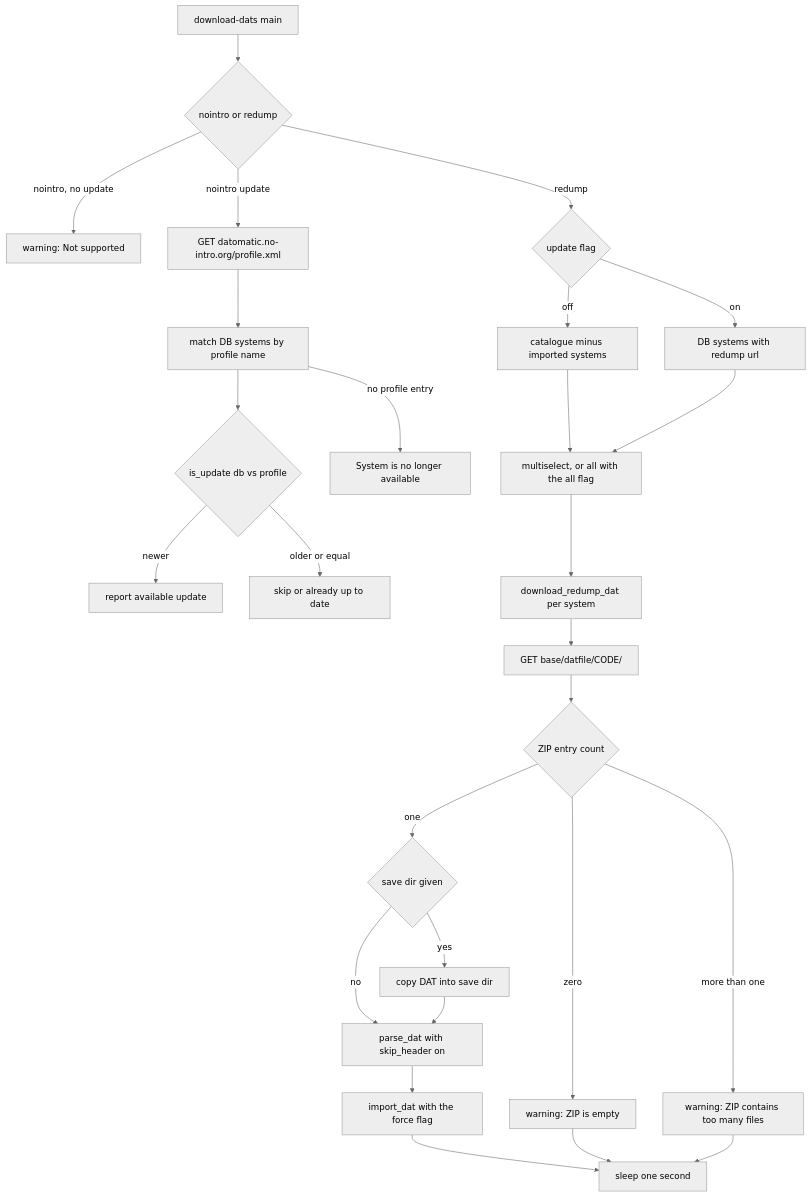
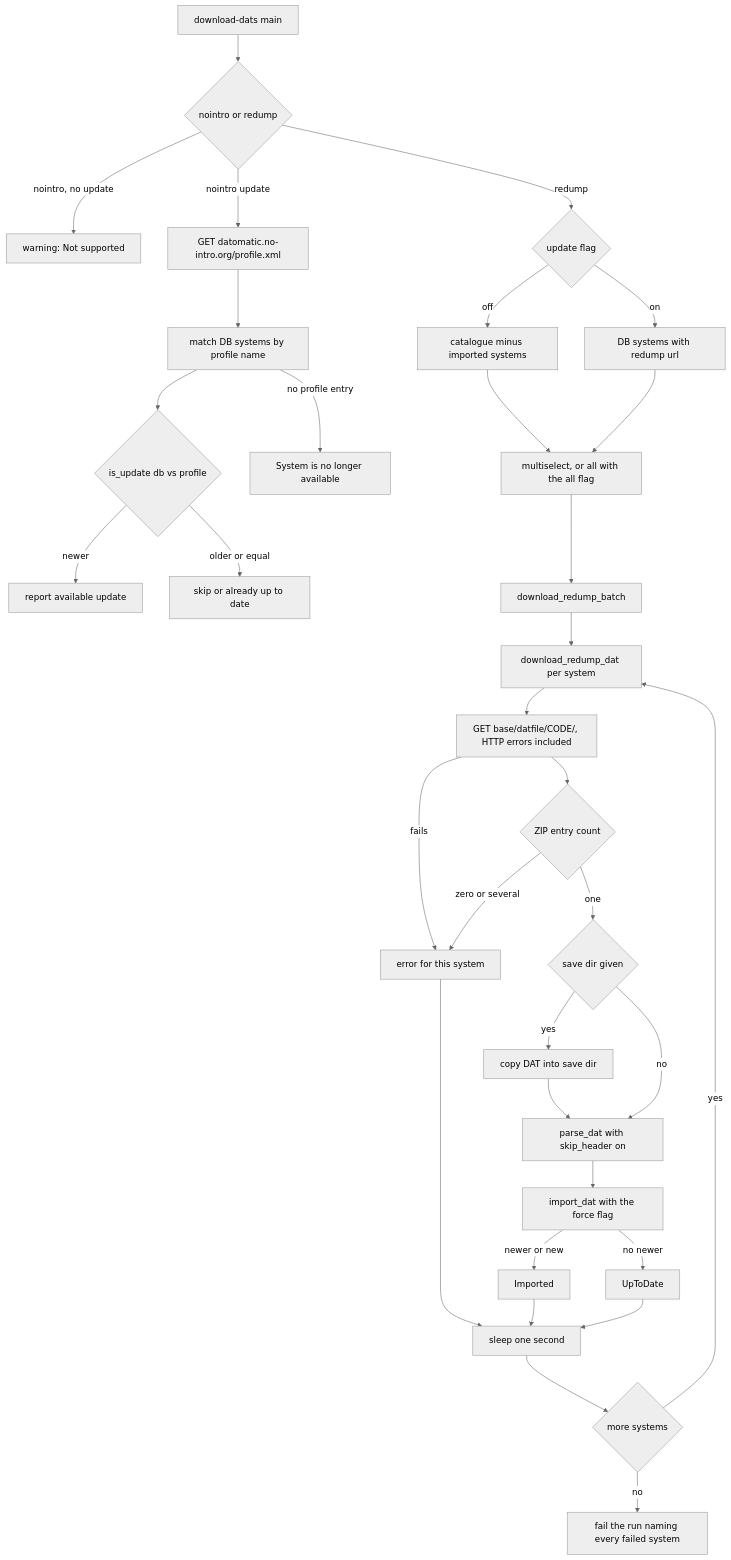
The diagram in openwiki/integrations/dat-providers-no-intro-redump.md (alucryd/oxyromon), drawn with Mermaid (neutral theme) before and after one commit. The commit also changed other lines of this file and 19 other files, not shown here.

Commit message:
openwiki: refresh for the download-dats outcome and error handling

````diff
--- a/openwiki/integrations/dat-providers-no-intro-redump.md
+++ b/openwiki/integrations/dat-providers-no-intro-redump.md
@@ -174,29 +176,35 @@
 ```mermaid
 flowchart TD
     Start["download-dats main"] --> P{"nointro or redump"}
     P -->|"nointro, no update"| W["warning: Not supported"]
     P -->|"nointro update"| NI["GET datomatic.no-intro.org/profile.xml"]
     NI --> NIM["match DB systems by profile name"]
     NIM --> NIC{"is_update db vs profile"}
     NIC -->|newer| NIOk["report available update"]
     NIC -->|older or equal| NISkip["skip or already up to date"]
     NIM -->|"no profile entry"| NIGone["System is no longer available"]
     P -->|redump| R{"update flag"}
     R -->|off| RL["catalogue minus imported systems"]
     R -->|on| RU["DB systems with redump url"]
     RL --> SEL["multiselect, or all with the all flag"]
     RU --> SEL
-    SEL --> DL["download_redump_dat per system"]
-    DL --> GET["GET base/datfile/CODE/"]
+    SEL --> BATCH["download_redump_batch"]
+    BATCH --> DL["download_redump_dat per system"]
+    DL --> GET["GET base/datfile/CODE/, HTTP errors included"]
+    GET -->|"fails"| ERR["error for this system"]
     GET --> Z{"ZIP entry count"}
-    Z -->|zero| ZEmpty["warning: ZIP is empty"]
-    Z -->|more than one| ZMany["warning: ZIP contains too many files"]
+    Z -->|"zero or several"| ERR
     Z -->|one| SAVE{"save dir given"}
     SAVE -->|yes| CP["copy DAT into save dir"]
     SAVE -->|no| PARSE
     CP --> PARSE["parse_dat with skip_header on"]
     PARSE --> IMP["import_dat with the force flag"]
-    IMP --> RATE["sleep one second"]
-    ZEmpty --> RATE
-    ZMany --> RATE
+    IMP -->|"newer or new"| IMPORTED["Imported"]
+    IMP -->|"no newer"| UPTODATE["UpToDate"]
+    IMPORTED --> RATE["sleep one second"]
+    UPTODATE --> RATE
+    ERR --> RATE
+    RATE --> NEXT{"more systems"}
+    NEXT -->|yes| DL
+    NEXT -->|no| END["fail the run naming every failed system"]
 ```
````
